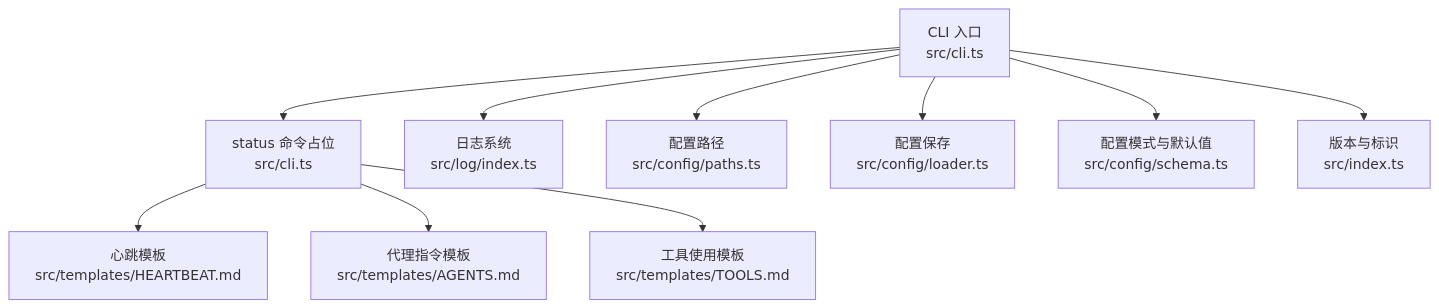
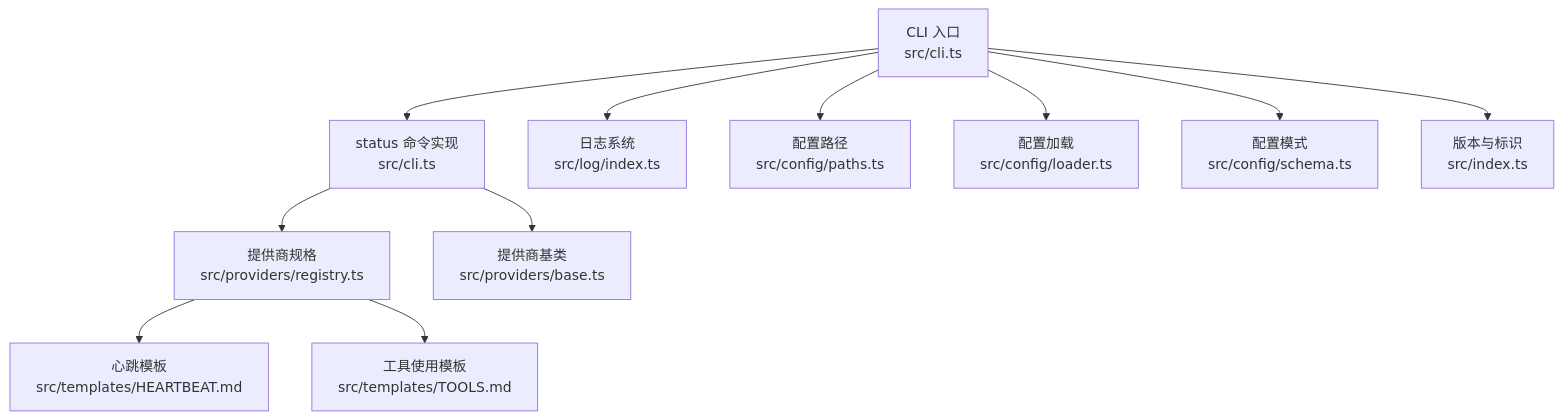
Before and after one commit to neciszhang/batbot: the first of 3 diagrams in .qoder/repowiki/zh/content/命令参考手册/状态命令 (status).md, drawn with Mermaid. The commit also changed other lines of this file and 9 other files, not shown here.

````diff
--- a/.qoder/repowiki/zh/content/命令参考手册/状态命令 (status).md
+++ b/.qoder/repowiki/zh/content/命令参考手册/状态命令 (status).md
@@ -40,12 +42,13 @@
 ```mermaid
 graph TB
-CLI["CLI 入口<br/>src/cli.ts"] --> CMD_STATUS["status 命令占位<br/>src/cli.ts"]
+CLI["CLI 入口<br/>src/cli.ts"] --> CMD_STATUS["status 命令实现<br/>src/cli.ts"]
 CLI --> LOG["日志系统<br/>src/log/index.ts"]
 CLI --> CFG_PATH["配置路径<br/>src/config/paths.ts"]
-CLI --> CFG_LOAD["配置保存<br/>src/config/loader.ts"]
-CLI --> CFG_SCHEMA["配置模式与默认值<br/>src/config/schema.ts"]
-CMD_STATUS --> TPL_HB["心跳模板<br/>src/templates/HEARTBEAT.md"]
-CMD_STATUS --> TPL_AG["代理指令模板<br/>src/templates/AGENTS.md"]
-CMD_STATUS --> TPL_TOOLS["工具使用模板<br/>src/templates/TOOLS.md"]
+CLI --> CFG_LOAD["配置加载<br/>src/config/loader.ts"]
+CLI --> CFG_SCHEMA["配置模式<br/>src/config/schema.ts"]
+CMD_STATUS --> PROV_SPEC["提供商规格<br/>src/providers/registry.ts"]
+CMD_STATUS --> PROV_BASE["提供商基类<br/>src/providers/base.ts"]
+PROV_SPEC --> TPL_HB["心跳模板<br/>src/templates/HEARTBEAT.md"]
+PROV_SPEC --> TPL_TOOLS["工具使用模板<br/>src/templates/TOOLS.md"]
 CLI --> VER["版本与标识<br/>src/index.ts"]
 ```
````
